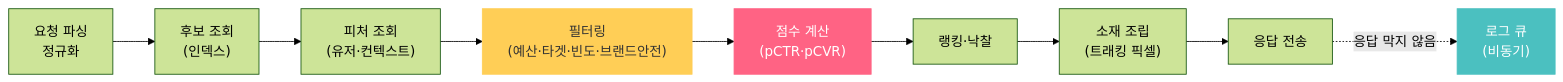
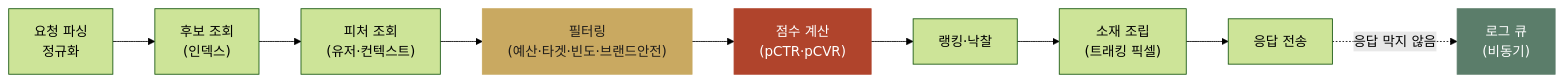
Before and after one commit to chkimsu/adtech-blog: the first of 2 diagrams in posts/ad-serving-flow.md, drawn with Mermaid (forest theme). The commit also changed 40 other files, not shown here.

````diff
--- a/posts/ad-serving-flow.md
+++ b/posts/ad-serving-flow.md
@@ -23,19 +23,19 @@
 ```mermaid
 graph LR
   REQ["요청 파싱<br/>정규화"]
   CAND["후보 조회<br/>(인덱스)"]
   FEAT["피처 조회<br/>(유저·컨텍스트)"]
   FILT["필터링<br/>(예산·타겟·빈도·브랜드안전)"]
   SCORE["점수 계산<br/>(pCTR·pCVR)"]
   RANK["랭킹·낙찰"]
   CREA["소재 조립<br/>(트래킹 픽셀)"]
   RESP["응답 전송"]
   LOG["로그 큐<br/>(비동기)"]
 
   REQ --> CAND --> FEAT --> FILT --> SCORE --> RANK --> CREA --> RESP
   RESP -.->|"응답 막지 않음"| LOG
 
-  style FILT fill:#ffce56,stroke:#ffce56,color:#333
-  style SCORE fill:#ff6384,stroke:#ff6384,color:#fff
-  style LOG fill:#4bc0c0,stroke:#4bc0c0,color:#fff
+  style FILT fill:#c9a961,stroke:#c9a961,color:#201d1a
+  style SCORE fill:#b0442c,stroke:#b0442c,color:#fff
+  style LOG fill:#5b7d6a,stroke:#5b7d6a,color:#fff
 ```
````
